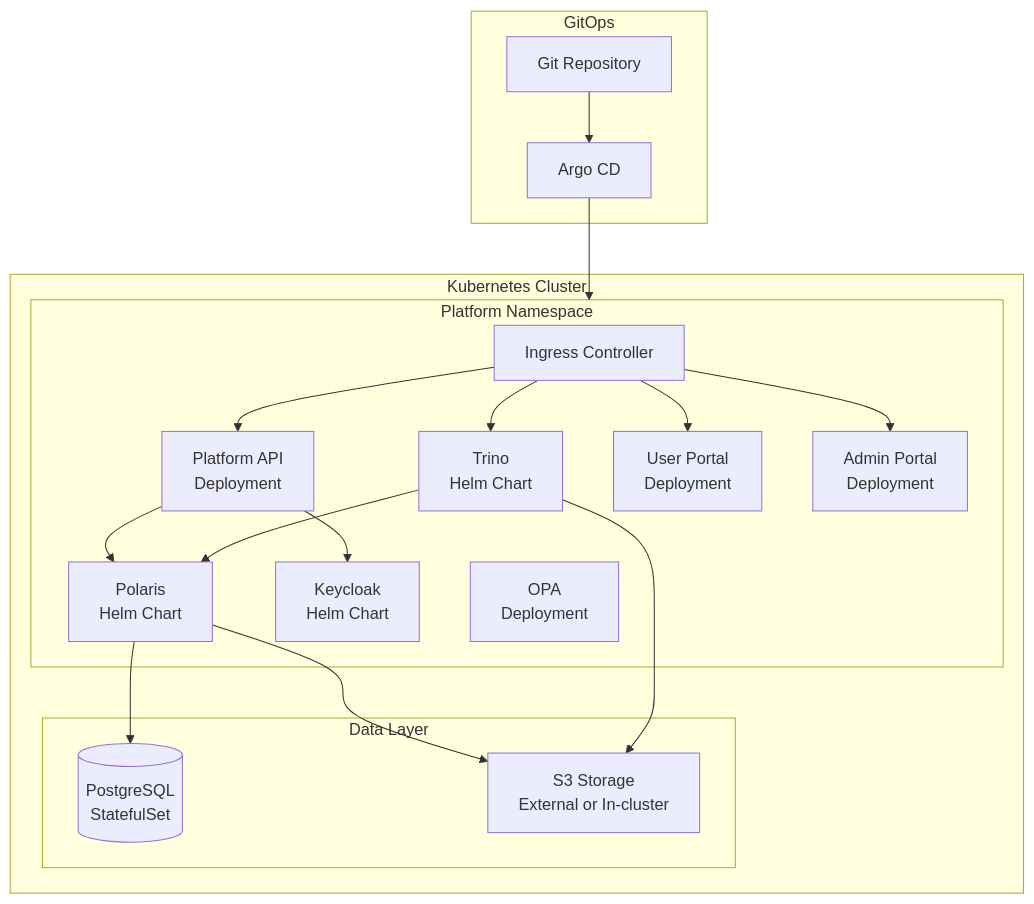
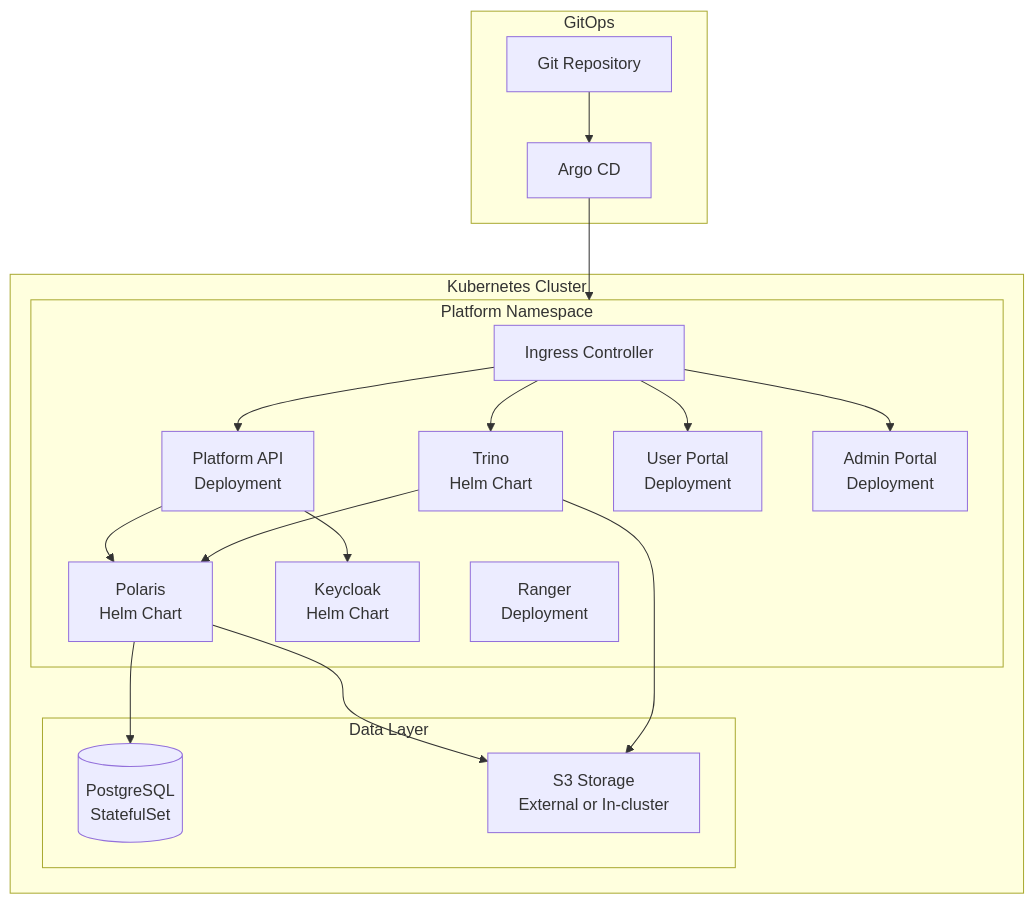
The sixth of 6 diagrams in src/content/source/cloud-independent-data-platform.md (getsqe/platform), drawn with Mermaid before and after one commit. The commit also changed other lines of this file and 5 other files, not shown here.

First line of the commit message:
content: OPA → Apache Ranger across the site, refresh from DP source

````diff
--- a/src/content/source/cloud-independent-data-platform.md
+++ b/src/content/source/cloud-independent-data-platform.md
@@ -295,37 +293,37 @@
 ```mermaid
 graph TB
     subgraph "GitOps"
         GIT[Git Repository] --> ARGO[Argo CD]
     end
 
     subgraph "Kubernetes Cluster"
         ARGO --> NS[Platform Namespace]
 
         subgraph NS[Platform Namespace]
             ING[Ingress Controller]
             PO[Polaris<br/>Helm Chart]
             TR[Trino<br/>Helm Chart]
             KC[Keycloak<br/>Helm Chart]
-            OPA_D[OPA<br/>Deployment]
+            RN[Ranger<br/>Deployment]
             API[Platform API<br/>Deployment]
             FE[User Portal<br/>Deployment]
             ADMIN[Admin Portal<br/>Deployment]
         end
 
         subgraph "Data Layer"
             PG[(PostgreSQL<br/>StatefulSet)]
             S3[S3 Storage<br/>External or In-cluster]
         end
     end
 
     ING --> FE
     ING --> ADMIN
     ING --> API
     ING --> TR
     API --> PO
     API --> KC
     TR --> PO
     PO --> PG
     PO --> S3
     TR --> S3
 ```
````
